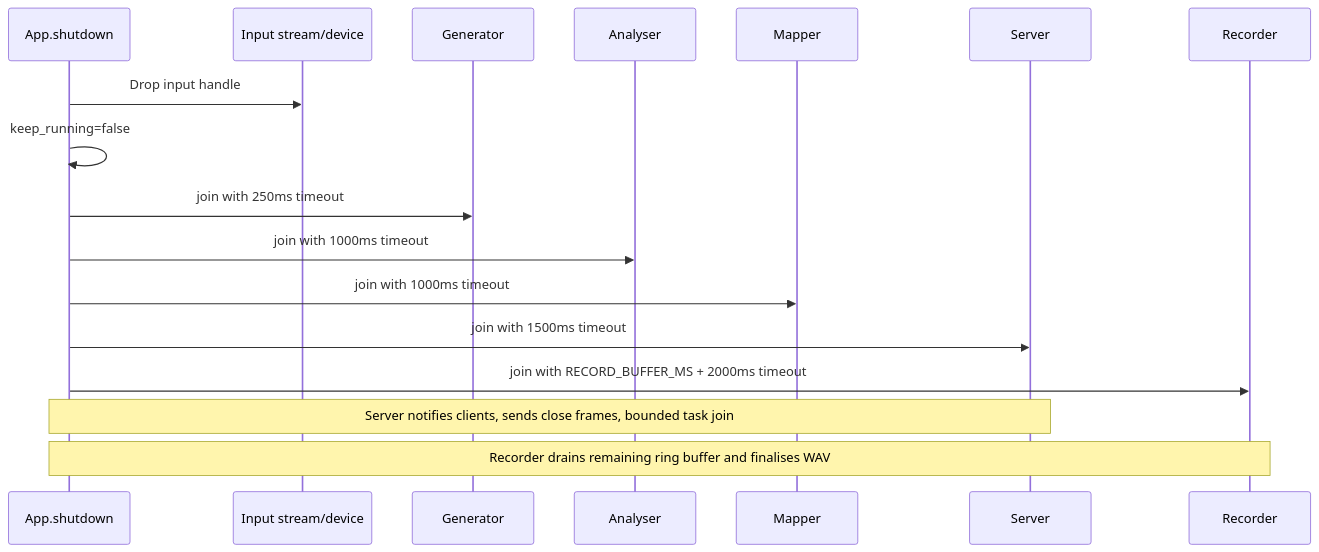
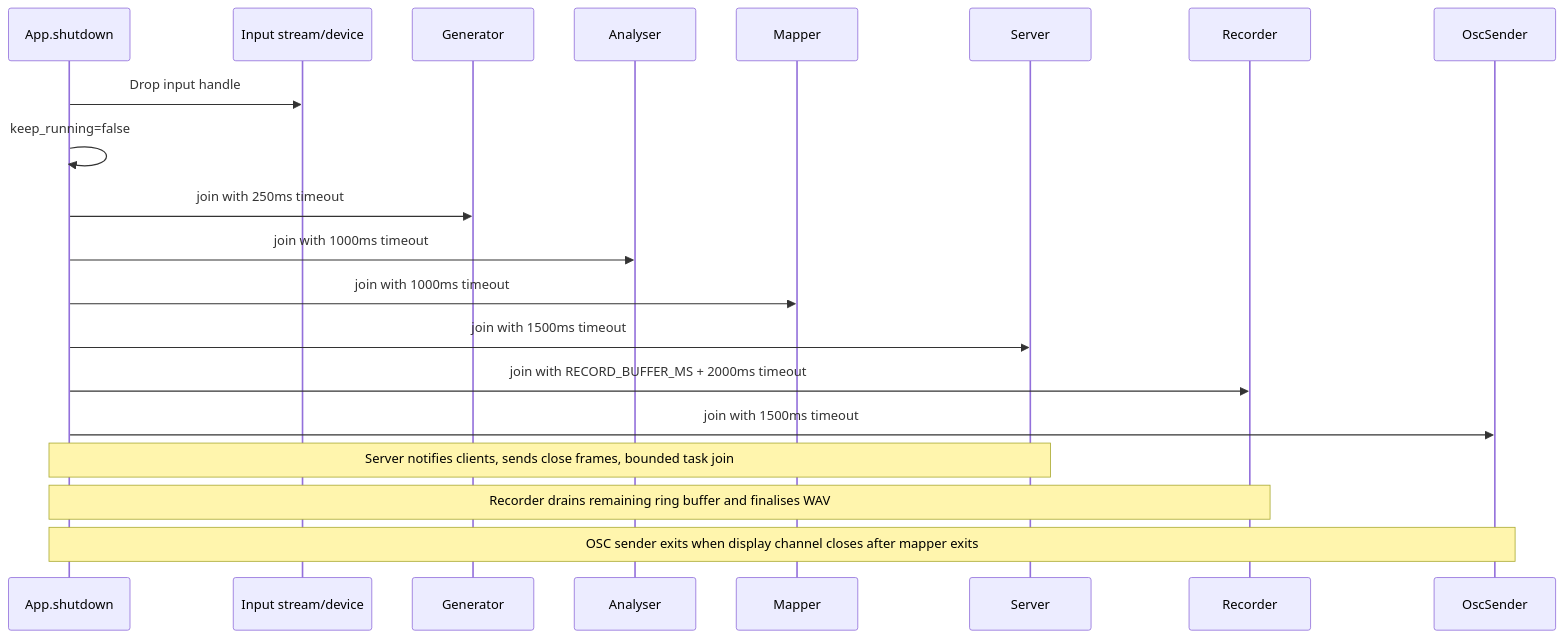
One commit to rayboyd/phase4 changed the fourth of 4 diagrams in docs/system/lifecycle.md. Above: the diagram before and after it, drawn with Mermaid. The commit also changed other lines of this file and 2 other files, not shown here.

Commit message:
docs(osc): add OSC tutorial, update README and lifecycle diagrams

````diff
--- a/docs/system/lifecycle.md
+++ b/docs/system/lifecycle.md
@@ -130,22 +136,25 @@
 ```mermaid
 sequenceDiagram
 		participant Main as App.shutdown
 		participant In as Input stream/device
 		participant Gen as Generator
 		participant An as Analyser
 		participant Map as Mapper
 		participant Srv as Server
 		participant Rec as Recorder
+		participant Osc as OscSender
 
 		Main->>In: Drop input handle
 		Main->>Main: keep_running=false
 
 		Main->>Gen: join with 250ms timeout
 		Main->>An: join with 1000ms timeout
 		Main->>Map: join with 1000ms timeout
 		Main->>Srv: join with 1500ms timeout
 		Main->>Rec: join with RECORD_BUFFER_MS + 2000ms timeout
+		Main->>Osc: join with 1500ms timeout
 
 		note over Main,Srv: Server notifies clients, sends close frames, bounded task join
 		note over Main,Rec: Recorder drains remaining ring buffer and finalises WAV
+		note over Main,Osc: OSC sender exits when display channel closes after mapper exits
 ```
````
